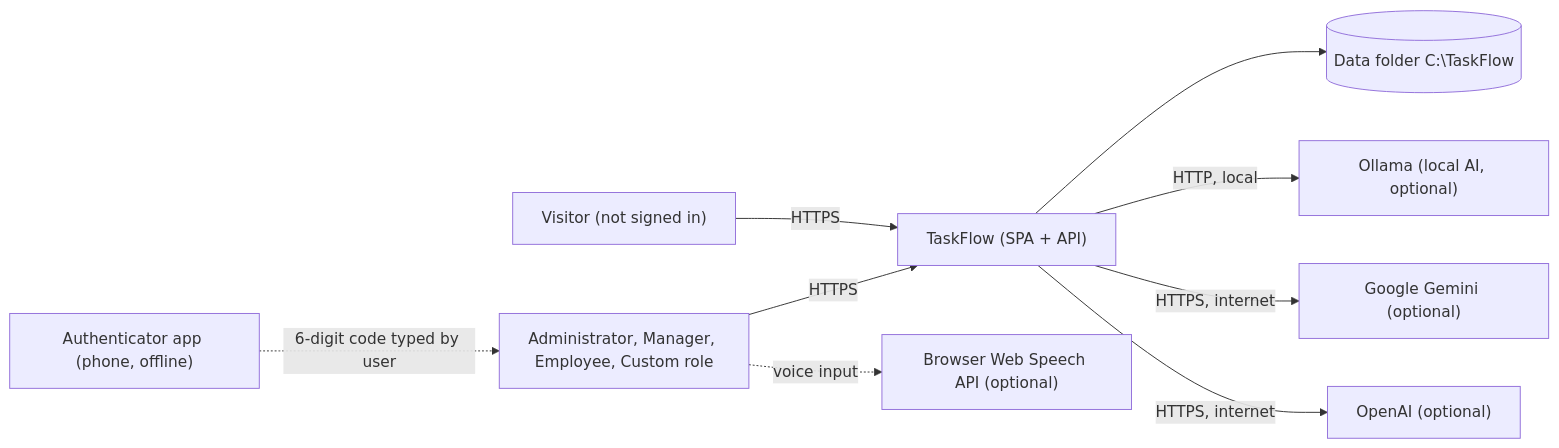
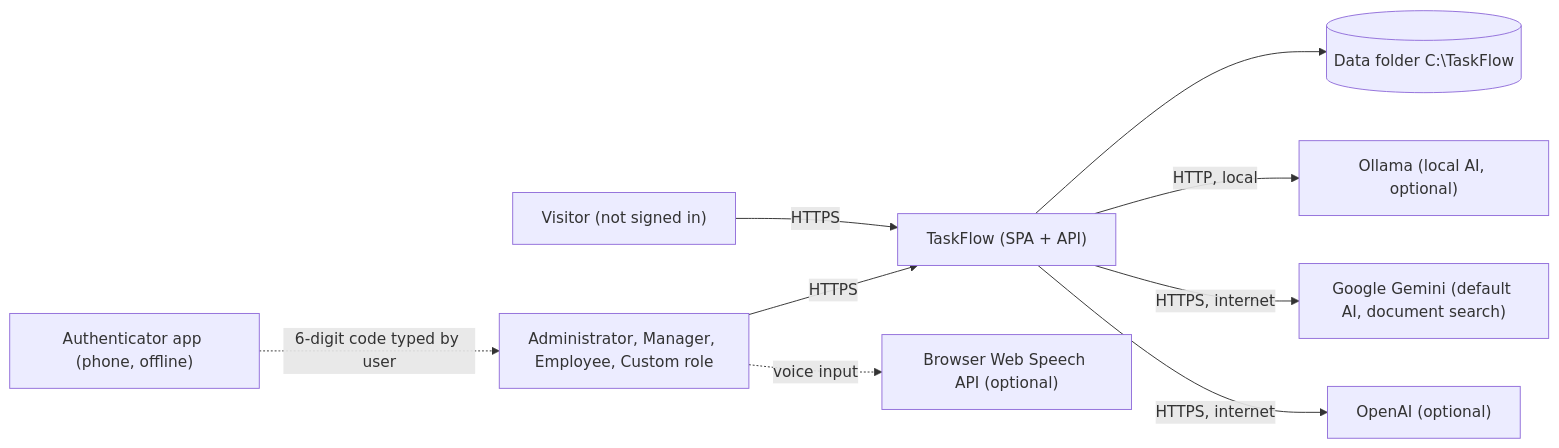
The first of 11 diagrams in TF - Documents/TF - HLD/00-Overall/HLD-TaskFlow-Overall.md (jojogeorge3344/TaskFlow-Project), drawn with Mermaid before and after one commit. The commit also changed other lines of this file and 65 other files, not shown here.

First line of the commit message:
feat(tfa): make Google Gemini the default chat provider and document embedding engine

````diff
--- a/TF - Documents/TF - HLD/00-Overall/HLD-TaskFlow-Overall.md
+++ b/TF - Documents/TF - HLD/00-Overall/HLD-TaskFlow-Overall.md
@@ -95,11 +95,11 @@
 ```mermaid
 flowchart LR
   V["Visitor (not signed in)"] -->|HTTPS| SYS["TaskFlow (SPA + API)"]
   U["Administrator, Manager, Employee, Custom role"] -->|HTTPS| SYS
   PH["Authenticator app (phone, offline)"] -. "6-digit code typed by user" .-> U
   SYS --> DF[("Data folder C:\TaskFlow")]
   SYS -->|"HTTP, local"| OL["Ollama (local AI, optional)"]
-  SYS -->|"HTTPS, internet"| GE["Google Gemini (optional)"]
+  SYS -->|"HTTPS, internet"| GE["Google Gemini (default AI, document search)"]
   SYS -->|"HTTPS, internet"| OA["OpenAI (optional)"]
   U -. "voice input" .-> BS["Browser Web Speech API (optional)"]
 ```
````
